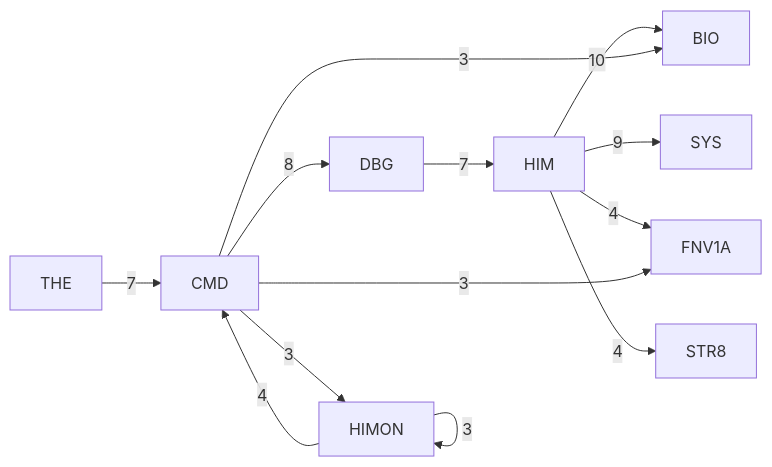
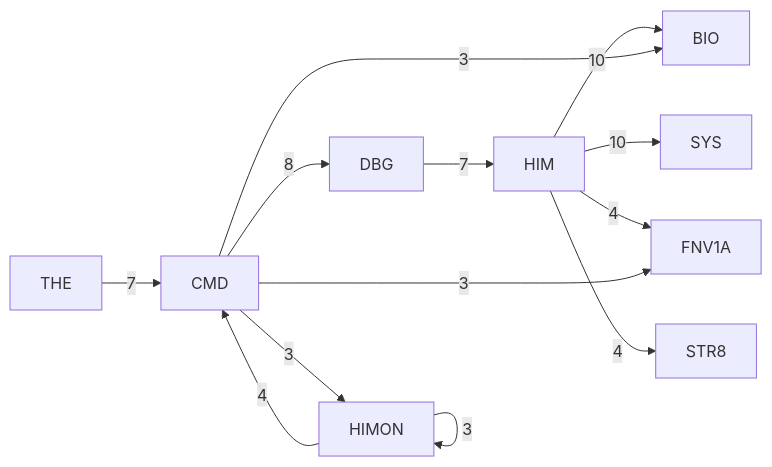
Before and after one commit to 95westus/R-YORS: the third of 6 diagrams in DOC/GENERATED/HIMON_SUPPORT_MAP.md, drawn with Mermaid. The commit also changed other lines of this file and 33 other files, not shown here.

````diff
--- a/DOC/GENERATED/HIMON_SUPPORT_MAP.md
+++ b/DOC/GENERATED/HIMON_SUPPORT_MAP.md
@@ -45,15 +45,15 @@
 ```mermaid
 flowchart LR
     P_HIM[HIM] -->|10| P_BIO[BIO]
-    P_HIM[HIM] -->|9| P_SYS[SYS]
+    P_HIM[HIM] -->|10| P_SYS[SYS]
     P_CMD[CMD] -->|8| P_DBG[DBG]
     P_DBG[DBG] -->|7| P_HIM[HIM]
     P_THE[THE] -->|7| P_CMD[CMD]
     P_HIM[HIM] -->|4| P_FNV1A[FNV1A]
     P_HIM[HIM] -->|4| P_STR8[STR8]
     P_HIMON[HIMON] -->|4| P_CMD[CMD]
     P_CMD[CMD] -->|3| P_BIO[BIO]
     P_CMD[CMD] -->|3| P_FNV1A[FNV1A]
     P_CMD[CMD] -->|3| P_HIMON[HIMON]
     P_HIMON[HIMON] -->|3| P_HIMON[HIMON]
 ```
````
